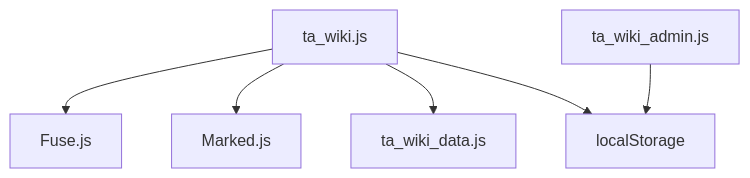
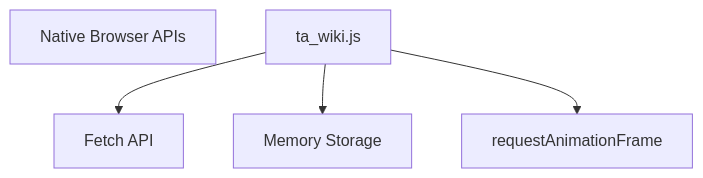
Before and after one commit to treasureGrove/TAWEBTOOL: the seventh of 7 diagrams in .qoder/repowiki/en/content/Knowledge Base System/TA Wiki Frontend.md, drawn with Mermaid. The commit also changed other lines of this file and 101 other files, not shown here.

````diff
--- a/.qoder/repowiki/en/content/Knowledge Base System/TA Wiki Frontend.md
+++ b/.qoder/repowiki/en/content/Knowledge Base System/TA Wiki Frontend.md
@@ -271,14 +266,11 @@
 ```mermaid
 graph TB
-Fuse["Fuse.js"]
-Marked["Marked.js"]
-Data["ta_wiki_data.js"]
+Native["Native Browser APIs"]
+Fetch["Fetch API"]
+Storage["Memory Storage"]
+Animation["requestAnimationFrame"]
 Main["ta_wiki.js"]
-Admin["ta_wiki_admin.js"]
-LocalStorage["localStorage"]
-Main --> Fuse
-Main --> Marked
-Main --> Data
-Main --> LocalStorage
-Admin --> LocalStorage
+Main --> Fetch
+Main --> Storage
+Main --> Animation
 ```
````
